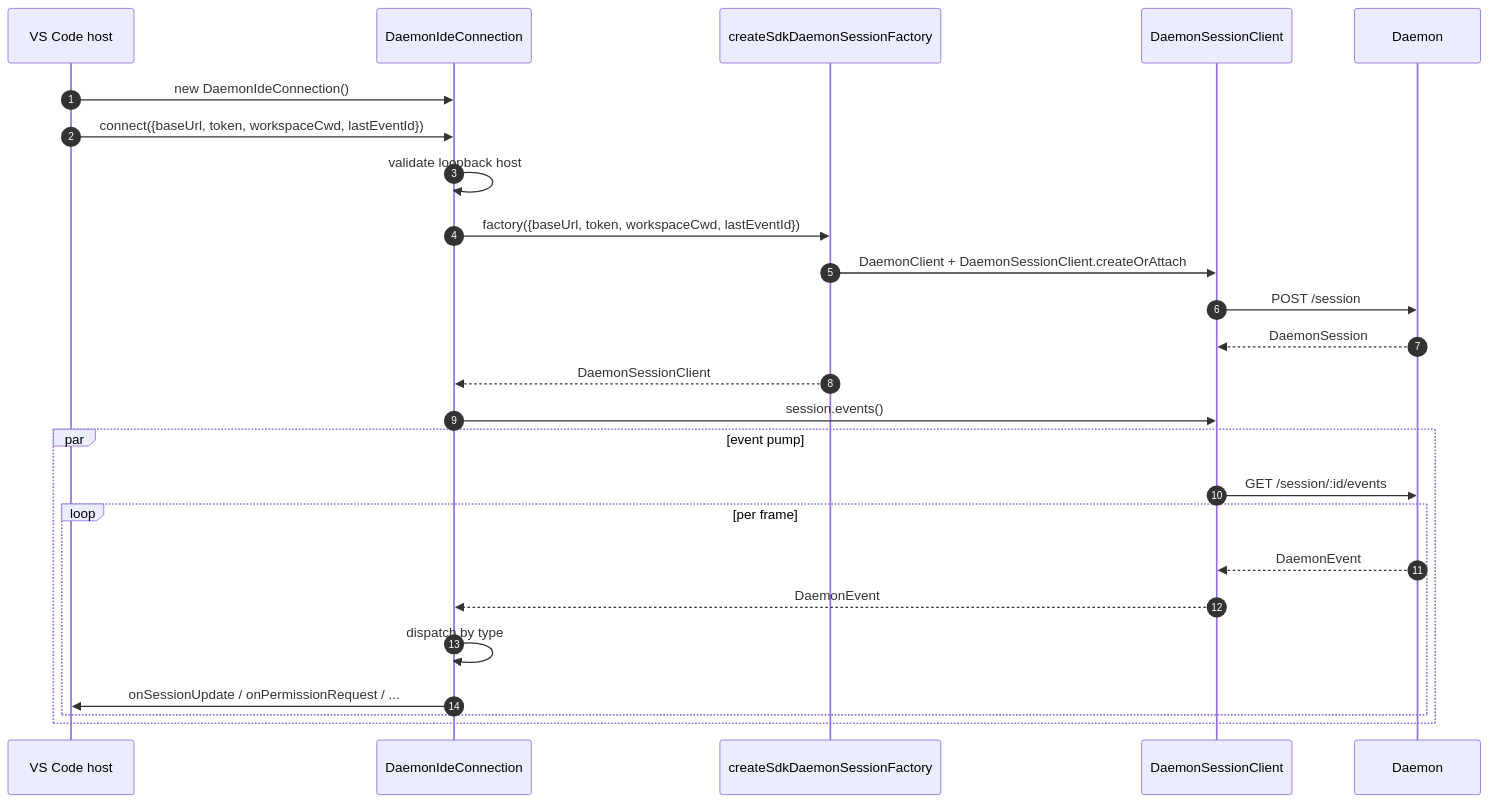
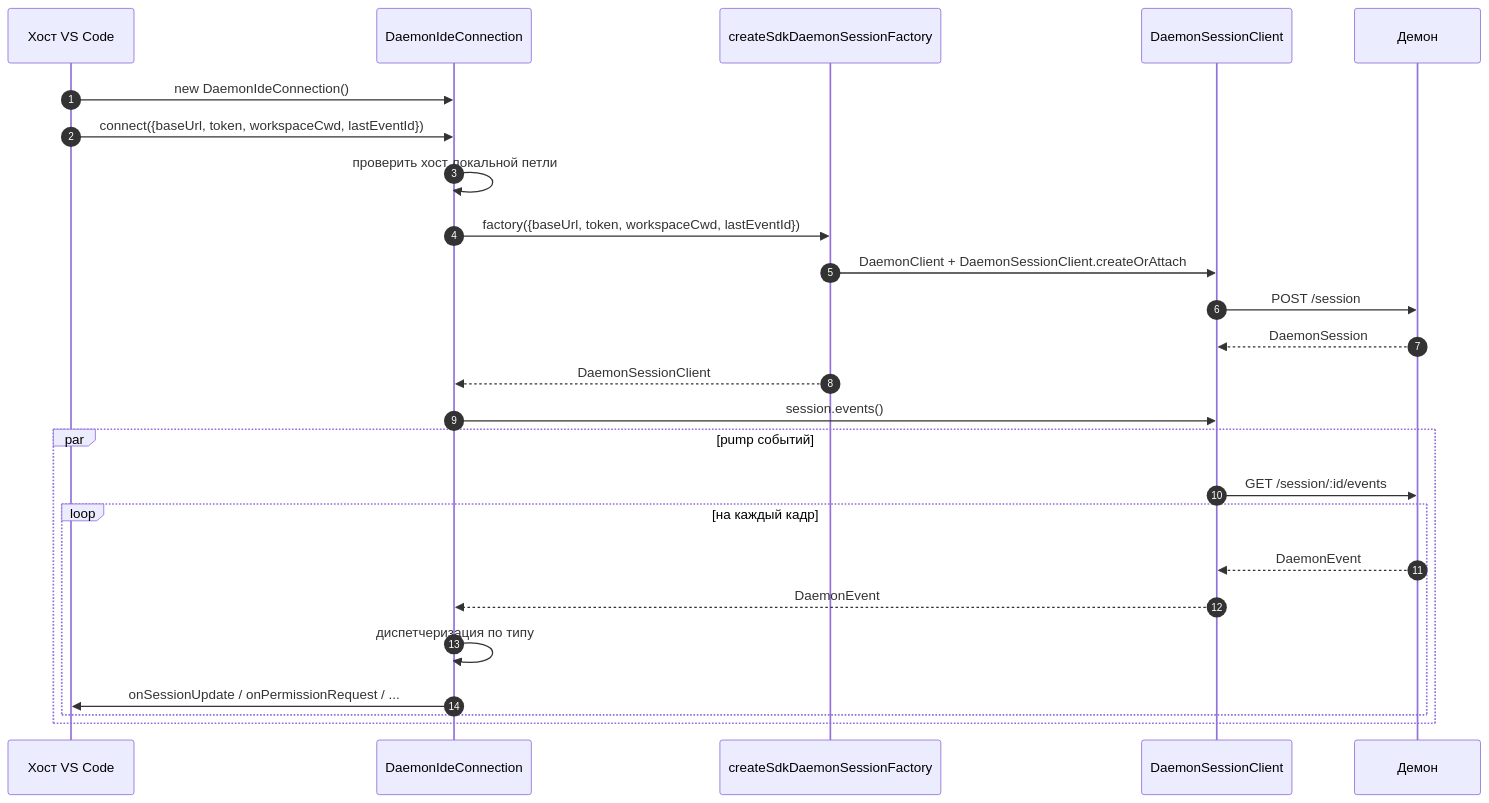
The first of 3 diagrams in website/content/ru/developers/daemon/16-vscode-ide-adapter.md (QwenLM/qwen-code-docs), drawn with Mermaid before and after one commit. The commit also changed other lines of this file and 1077 other files, not shown here.

````diff
--- a/website/content/ru/developers/daemon/16-vscode-ide-adapter.md
+++ b/website/content/ru/developers/daemon/16-vscode-ide-adapter.md
@@ -97,28 +98,28 @@
 ```mermaid
 sequenceDiagram
     autonumber
-    participant H as VS Code host
+    participant H as Хост VS Code
     participant C as DaemonIdeConnection
     participant F as createSdkDaemonSessionFactory
     participant SDK as DaemonSessionClient
-    participant D as Daemon
+    participant D as Демон
 
     H->>C: new DaemonIdeConnection()
     H->>C: connect({baseUrl, token, workspaceCwd, lastEventId})
-    C->>C: validate loopback host
+    C->>C: проверить хост локальной петли
     C->>F: factory({baseUrl, token, workspaceCwd, lastEventId})
     F->>SDK: DaemonClient + DaemonSessionClient.createOrAttach
     SDK->>D: POST /session
     D-->>SDK: DaemonSession
     F-->>C: DaemonSessionClient
     C->>SDK: session.events()
-    par event pump
+    par pump событий
         SDK->>D: GET /session/:id/events
-        loop per frame
+        loop на каждый кадр
             D-->>SDK: DaemonEvent
             SDK-->>C: DaemonEvent
-            C->>C: dispatch by type
+            C->>C: диспетчеризация по типу
             C->>H: onSessionUpdate / onPermissionRequest / ...
         end
     end
 ```
````
